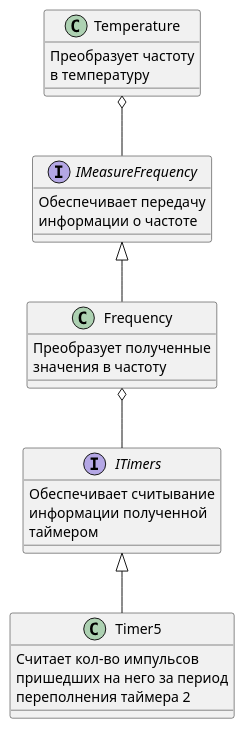
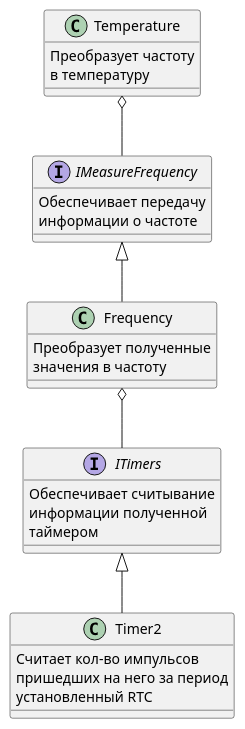
Before and after one commit to Luda-Seliv-KE-413/Kursovoy: the diagram in DOC/PodDiagram.puml, drawn with PlantUML. The commit also changed 3 other files, not shown here.

```diff
--- a/DOC/PodDiagram.puml
+++ b/DOC/PodDiagram.puml
@@ -1,36 +1,36 @@
 @startuml Frequency 
 
 interface IMeasureFrequency
 {
     Обеспечивает передачу 
     информации о частоте 
 }
 class Frequency
 {
     Преобразует полученные
     значения в частоту
 }
 interface ITimers
 {
     Обеспечивает считывание
     информации полученной
     таймером
 }
-class Timer5
+class Timer2
 {
     Считает кол-во импульсов
     пришедших на него за период 
-    переполнения таймера 2
+    установленный RTC
 }
 class Temperature
 {
     Преобразует частоту
     в температуру
 }
 
 ITimers -up-o Frequency
-Timer5 -up-|> ITimers
+Timer2 -up-|> ITimers
 Frequency -up-|> IMeasureFrequency
 IMeasureFrequency -up-o Temperature
 
 @enduml
```
